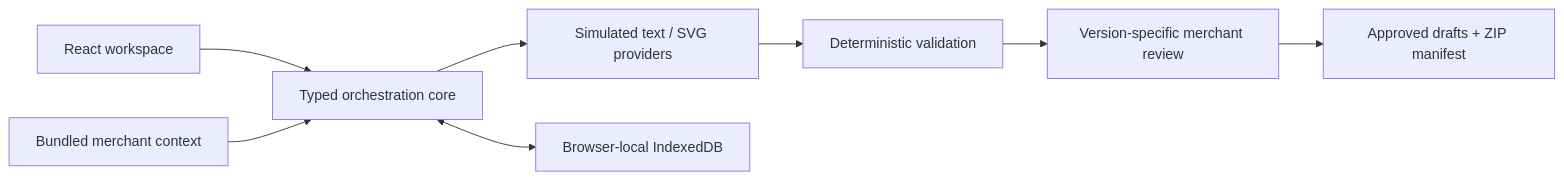
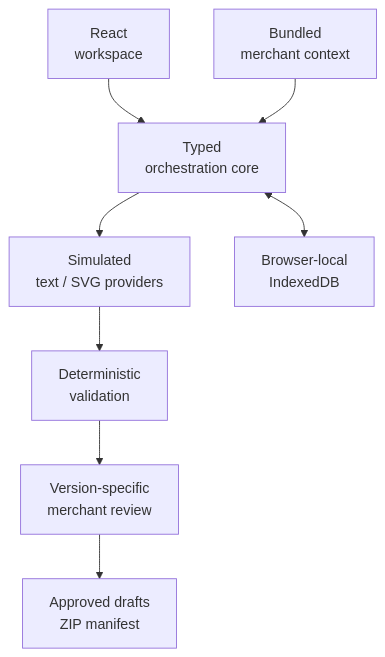
Before and after one commit to mchenry-power-dev/orbit-agentic-commerce: the diagram in README.md, drawn with Mermaid. The commit also changed other lines of this file and 6 other files, not shown here.

````diff
--- a/README.md
+++ b/README.md
@@ -71,10 +71,10 @@
 ```mermaid
-flowchart LR
-  UI[React workspace] --> Core[Typed orchestration core]
-  Fixtures[Bundled merchant context] --> Core
-  Core --> Demo[Simulated text / SVG providers]
-  Core <--> State[Browser-local IndexedDB]
-  Demo --> Checks[Deterministic validation]
-  Checks --> Review[Version-specific merchant review]
-  Review --> Export[Approved drafts + ZIP manifest]
+flowchart TD
+  UI[React<br/>workspace] --> Core[Typed<br/>orchestration core]
+  Fixtures[Bundled<br/>merchant context] --> Core
+  Core --> Demo[Simulated<br/>text / SVG providers]
+  Core <--> State[Browser-local<br/>IndexedDB]
+  Demo --> Checks[Deterministic<br/>validation]
+  Checks --> Review[Version-specific<br/>merchant review]
+  Review --> Export[Approved drafts<br/>ZIP manifest]
 ```
````
